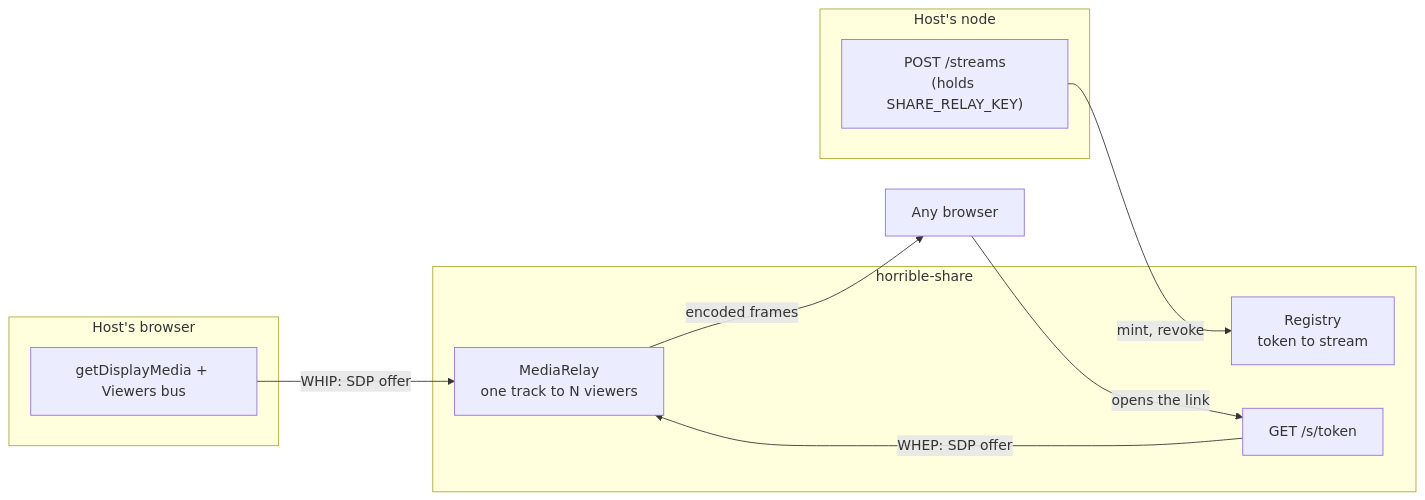
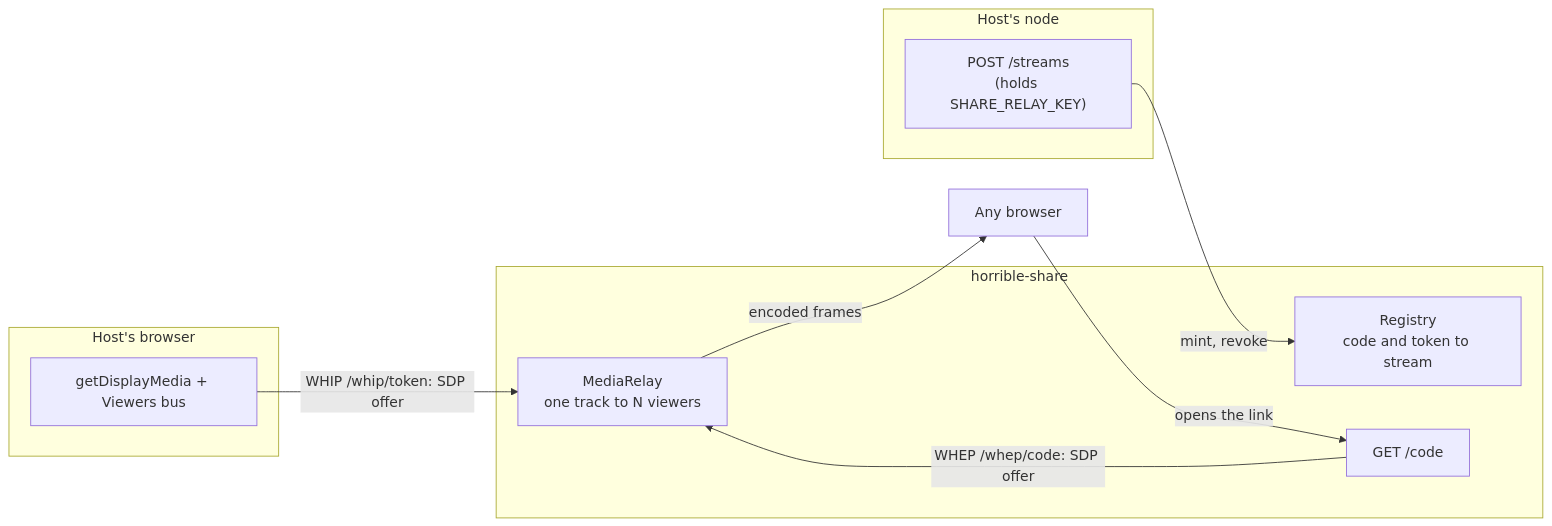
Before and after one commit to ConstCorrectness/horrible-dashboard: the diagram in docs/architecture/share-relay.mdx, drawn with Mermaid. The commit also changed other lines of this file and 69 other files, not shown here.

````diff
--- a/docs/architecture/share-relay.mdx
+++ b/docs/architecture/share-relay.mdx
@@ -18,21 +18,21 @@
 ```mermaid
 flowchart LR
     subgraph Host["Host's browser"]
         CAP["getDisplayMedia + Viewers bus"]
     end
     subgraph Node["Host's node"]
         MINT["POST /streams<br/>(holds SHARE_RELAY_KEY)"]
     end
     subgraph Relay["horrible-share"]
-        REG["Registry<br/>token to stream"]
+        REG["Registry<br/>code and token to stream"]
         ROOM["MediaRelay<br/>one track to N viewers"]
-        PAGE["GET /s/token"]
+        PAGE["GET /code"]
     end
     STRANGER["Any browser"]
 
     MINT -->|"mint, revoke"| REG
-    CAP -->|"WHIP: SDP offer"| ROOM
+    CAP -->|"WHIP /whip/token: SDP offer"| ROOM
     STRANGER -->|"opens the link"| PAGE
-    PAGE -->|"WHEP: SDP offer"| ROOM
+    PAGE -->|"WHEP /whep/code: SDP offer"| ROOM
     ROOM -->|"encoded frames"| STRANGER
 ```
````
